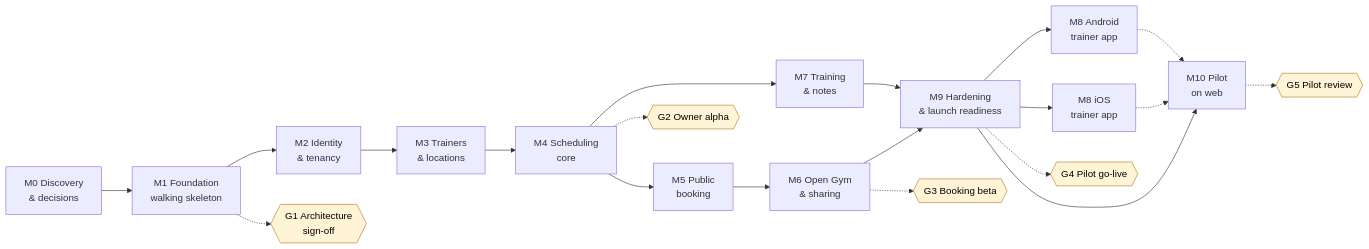
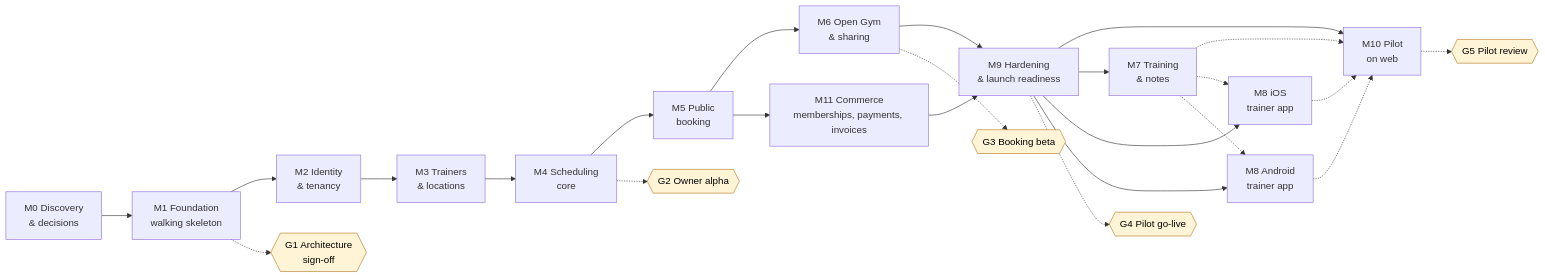
The first of 2 diagrams in docs/product/ROADMAP.md (fivvi-app/fivvi), drawn with Mermaid before and after one commit. The commit also changed other lines of this file and 15 other files, not shown here.

````diff
--- a/docs/product/ROADMAP.md
+++ b/docs/product/ROADMAP.md
@@ -82,30 +82,34 @@
 ```mermaid
 flowchart LR
   M0[M0 Discovery<br/>& decisions] --> M1[M1 Foundation<br/>walking skeleton]
   M1 --> M2[M2 Identity<br/>& tenancy]
   M2 --> M3[M3 Trainers<br/>& locations]
   M3 --> M4[M4 Scheduling<br/>core]
   M4 --> M5[M5 Public<br/>booking]
   M5 --> M6[M6 Open Gym<br/>& sharing]
-  M4 --> M7[M7 Training<br/>& notes]
+  M5 --> M11[M11 Commerce<br/>memberships, payments, invoices]
   M6 --> M9[M9 Hardening<br/>& launch readiness]
-  M7 --> M9
+  M11 --> M9
   M9 --> M10[M10 Pilot<br/>on web]
+  M9 --> M7[M7 Training<br/>& notes]
   M9 --> M8i[M8 iOS<br/>trainer app]
   M9 --> M8a[M8 Android<br/>trainer app]
+  M7 -.-> M10
+  M7 -.-> M8i
+  M7 -.-> M8a
   M8i -.-> M10
   M8a -.-> M10
 
   G1{{G1 Architecture<br/>sign-off}}:::gate
   G2{{G2 Owner alpha}}:::gate
   G3{{G3 Booking beta}}:::gate
   G4{{G4 Pilot go-live}}:::gate
   G5{{G5 Pilot review}}:::gate
   M1 -.-> G1
   M4 -.-> G2
   M6 -.-> G3
   M9 -.-> G4
   M10 -.-> G5
 
   classDef gate fill:#fff4d6,stroke:#b7791f,color:#000;
 ```
````
